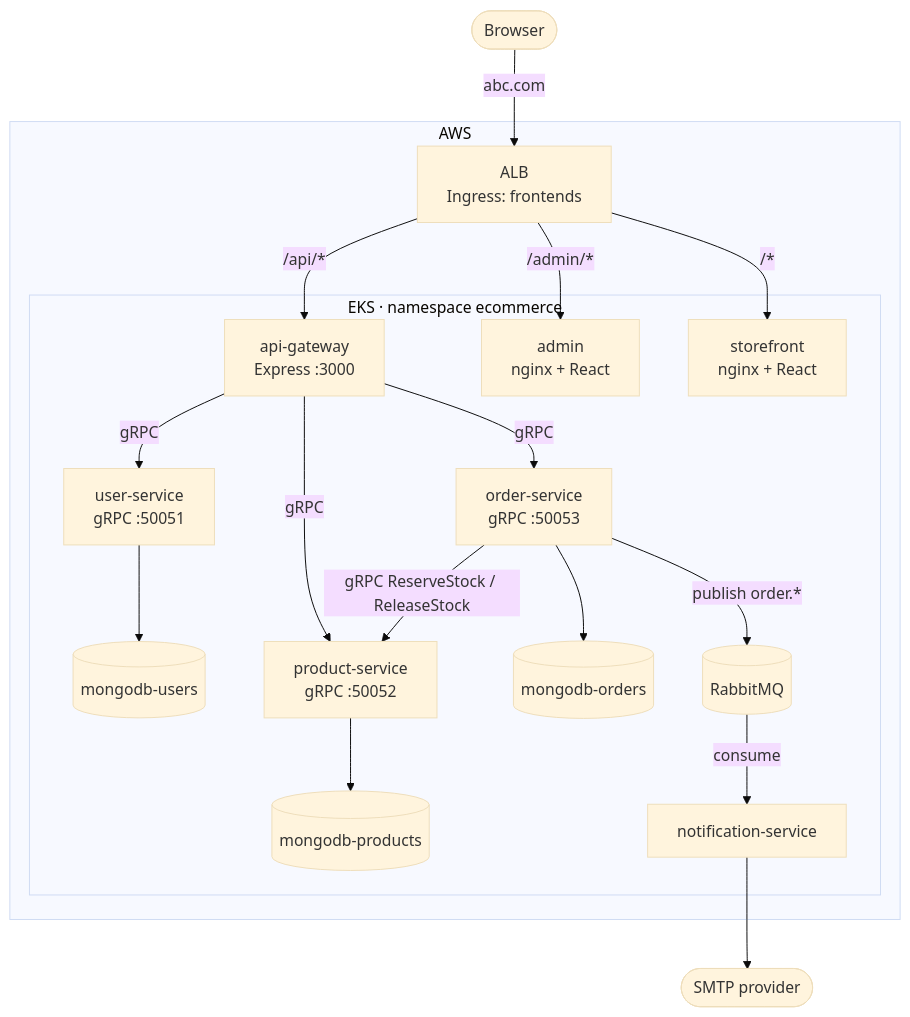
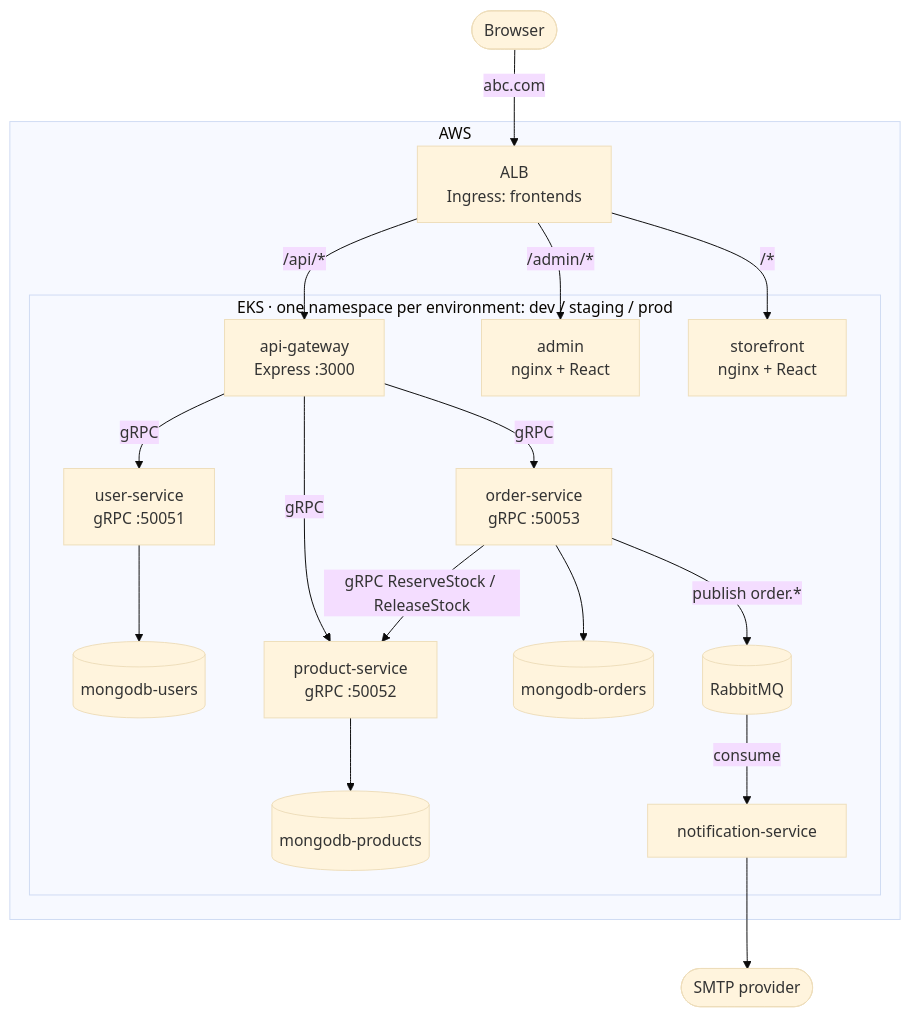
The first of 2 diagrams in docs/ARCHITECTURE.md (raghav2306/shoplite-microservices), drawn with Mermaid (base theme) before and after one commit. The commit also changed other lines of this file and 64 other files, not shown here.

First line of the commit message:
Split Kubernetes config into dev, staging and prod namespaces

````diff
--- a/docs/ARCHITECTURE.md
+++ b/docs/ARCHITECTURE.md
@@ -5,42 +5,42 @@
 ```mermaid
 flowchart TB
     browser([Browser])
 
     subgraph aws[AWS]
         alb[ALB<br/>Ingress: frontends]
-        subgraph eks[EKS · namespace ecommerce]
+        subgraph eks[EKS · one namespace per environment: dev / staging / prod]
             storefront[storefront<br/>nginx + React]
             admin[admin<br/>nginx + React]
             gateway[api-gateway<br/>Express :3000]
 
             user[user-service<br/>gRPC :50051]
             product[product-service<br/>gRPC :50052]
             order[order-service<br/>gRPC :50053]
             notify[notification-service]
 
             mq[(RabbitMQ)]
             mu[(mongodb-users)]
             mp[(mongodb-products)]
             mo[(mongodb-orders)]
         end
     end
     smtp([SMTP provider])
 
     browser -->|abc.com| alb
     alb -->|/api/*| gateway
     alb -->|/admin/*| admin
     alb -->|/*| storefront
 
     gateway -->|gRPC| user
     gateway -->|gRPC| product
     gateway -->|gRPC| order
     order -->|gRPC ReserveStock / ReleaseStock| product
 
     user --> mu
     product --> mp
     order --> mo
 
     order -->|publish order.*| mq
     mq -->|consume| notify
     notify --> smtp
 ```
````
